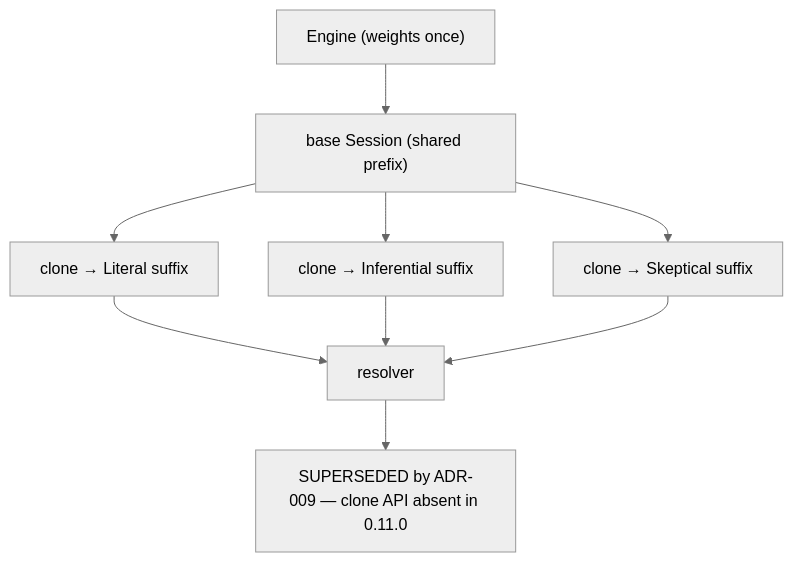
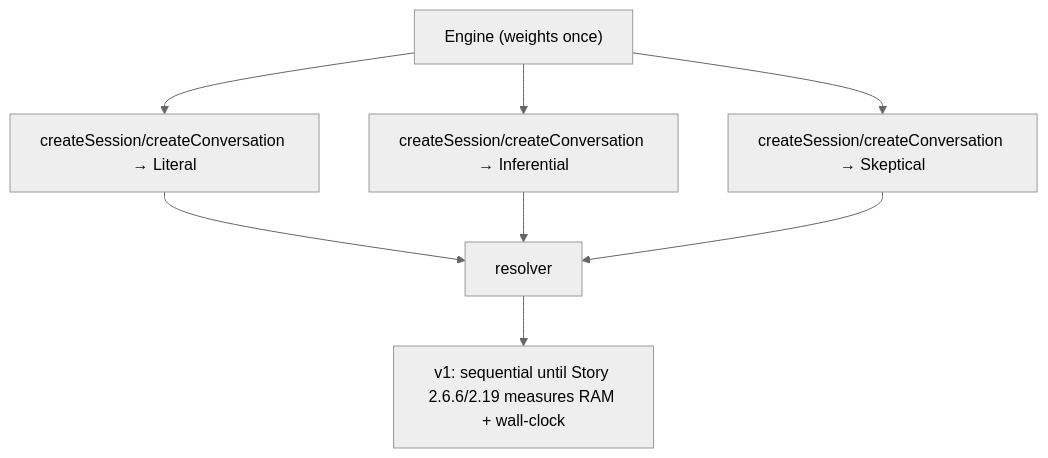
One commit to anchildress1/vestige changed the fourth of 6 diagrams in docs/diagrams/adr-decisions.md. Above: the diagram before and after it, drawn with Mermaid (neutral theme). The commit also changed other lines of this file and 11 other files, not shown here.

````diff
--- a/docs/diagrams/adr-decisions.md
+++ b/docs/diagrams/adr-decisions.md
@@ -167,14 +173,13 @@
 ```mermaid
 flowchart TD
-    accTitle: ADR-008 historical parallel-clone lens execution
-    accDescr: Historical and superseded. One engine loads weights once. A base session holds the shared prefix. Three copy-on-write cloned sessions append the Literal, Inferential, and Skeptical suffixes and run concurrently into the resolver.
+    accTitle: ADR-008 concurrent multi-context lens execution (corrected 2026-05-16)
+    accDescr: One engine loads weights once. Three independent contexts created via Engine.createSession or createConversation each compose their own prefix plus the Literal, Inferential, or Skeptical suffix and feed the resolver. No session cloning and no copy-on-write shared prefix. A single GPU serializes at the command queue so the benefit is non-blocking foreground preemption, not a literal threefold speedup. v1 ships sequential until measured.
 
-    Eng["Engine (weights once)"] --> Base["base Session (shared prefix)"]
-    Base --> Cl1["clone → Literal suffix"]
-    Base --> Cl2["clone → Inferential suffix"]
-    Base --> Cl3["clone → Skeptical suffix"]
-    Cl1 --> R["resolver"]
-    Cl2 --> R
-    Cl3 --> R
-    R --> X["SUPERSEDED by ADR-009 — clone API absent in 0.11.0"]
+    Eng["Engine (weights once)"] --> C1["createSession/createConversation → Literal"]
+    Eng --> C2["createSession/createConversation → Inferential"]
+    Eng --> C3["createSession/createConversation → Skeptical"]
+    C1 --> R["resolver"]
+    C2 --> R
+    C3 --> R
+    R --> V["v1: sequential until Story 2.6.6/2.19 measures RAM + wall-clock"]
 ```
````
